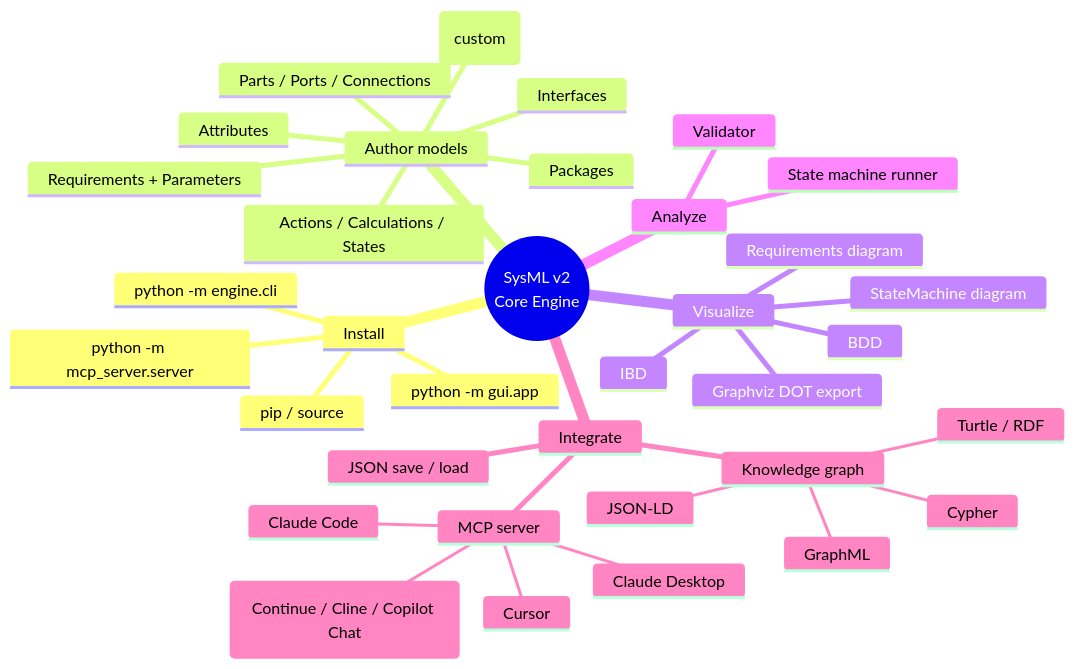
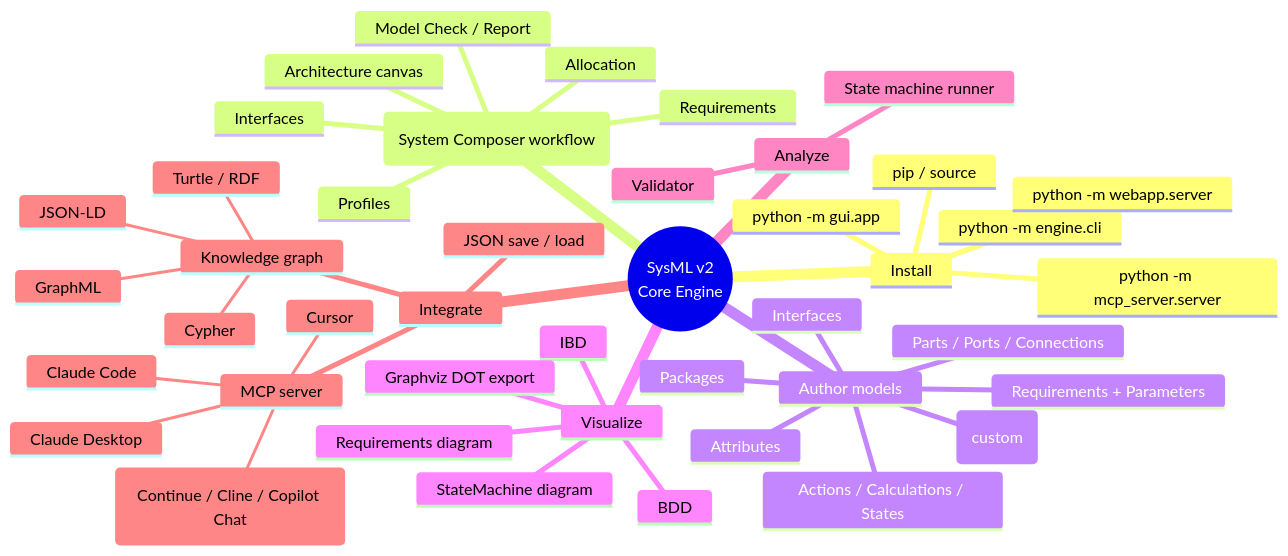
One commit to sudesh309/REQUIREMENT-FORMALISER changed the first of 21 diagrams in docs/USER_GUIDE.md. Above: the diagram before and after it, drawn with Mermaid. The commit also changed other lines of this file and 2 other files, not shown here.

````diff
--- a/docs/USER_GUIDE.md
+++ b/docs/USER_GUIDE.md
@@ -7,38 +13,46 @@
 ```mermaid
 mindmap
   root((SysML v2<br/>Core Engine))
     Install
       pip / source
       python -m engine.cli
+      python -m webapp.server
       python -m gui.app
       python -m mcp_server.server
+    Studio (System Composer workflow)
+      Architecture canvas
+      Interfaces
+      Profiles
+      Requirements
+      Allocation
+      Model Check / Report
     Author models
       Packages
       Parts / Ports / Connections
       Attributes
       Interfaces
       Actions / Calculations / States
       Requirements + Parameters
       Stereotypes (custom)
     Visualize
       BDD
       IBD
       Requirements diagram
       StateMachine diagram
       Graphviz DOT export
     Analyze
       Validator
       State machine runner
     Integrate
       JSON save / load
       Knowledge graph
         Turtle / RDF
         JSON-LD
         GraphML
         Cypher
       MCP server
         Claude Desktop
         Claude Code
         VS Code (Continue / Cline / Copilot Chat)
         Cursor
 ```
````
